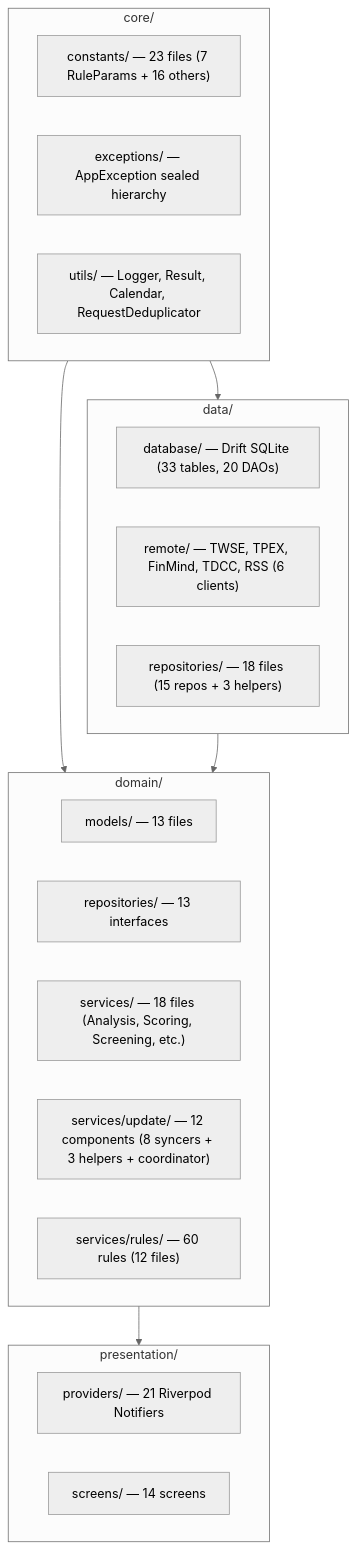
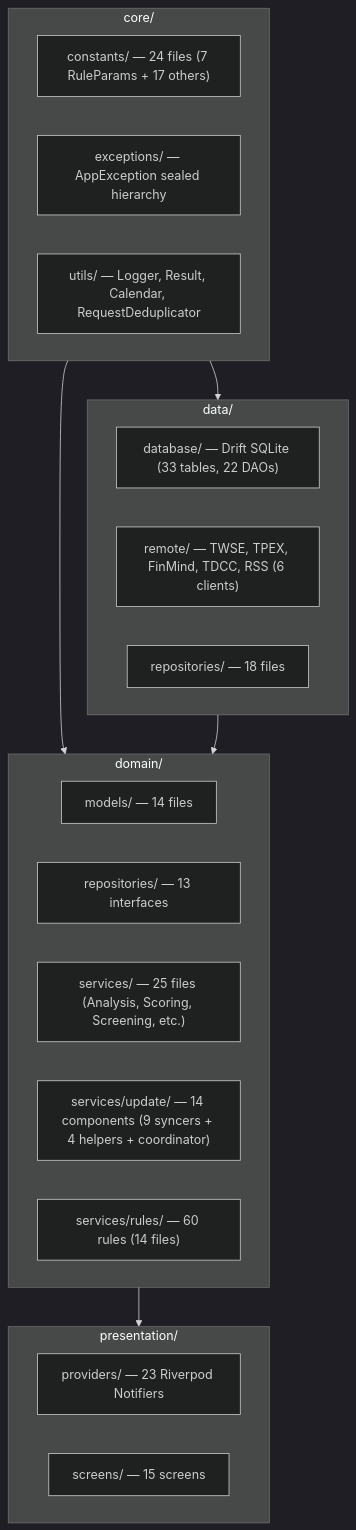
One commit to Neal75418/afterclose changed the second of 4 diagrams in CLAUDE.md. Above: the diagram before and after it, drawn with Mermaid. The commit also changed other lines of this file and 5 other files, not shown here.

````diff
--- a/CLAUDE.md
+++ b/CLAUDE.md
@@ -55,33 +55,33 @@
 ```mermaid
-%%{init: {'theme': 'neutral'}}%%
+%%{init: {'theme': 'dark'}}%%
 flowchart TB
     subgraph Core["core/"]
-        Constants["constants/ — 23 files (7 RuleParams + 16 others)"]
+        Constants["constants/ — 24 files (7 RuleParams + 17 others)"]
         Exceptions["exceptions/ — AppException sealed hierarchy"]
         Utils["utils/ — Logger, Result, Calendar, RequestDeduplicator"]
     end
 
     subgraph Data["data/"]
-        Database["database/ — Drift SQLite (33 tables, 20 DAOs)"]
+        Database["database/ — Drift SQLite (33 tables, 22 DAOs)"]
         Remote["remote/ — TWSE, TPEX, FinMind, TDCC, RSS (6 clients)"]
-        Repos["repositories/ — 18 files (15 repos + 3 helpers)"]
+        Repos["repositories/ — 18 files"]
     end
 
     subgraph Domain["domain/"]
-        Models["models/ — 13 files"]
+        Models["models/ — 14 files"]
         RepoIF["repositories/ — 13 interfaces"]
-        Services["services/ — 18 files (Analysis, Scoring, Screening, etc.)"]
-        Update["services/update/ — 12 components (8 syncers + 3 helpers + coordinator)"]
-        Rules["services/rules/ — 60 rules (12 files)"]
+        Services["services/ — 25 files (Analysis, Scoring, Screening, etc.)"]
+        Update["services/update/ — 14 components (9 syncers + 4 helpers + coordinator)"]
+        Rules["services/rules/ — 60 rules (14 files)"]
     end
 
     subgraph Presentation["presentation/"]
-        Providers["providers/ — 21 Riverpod Notifiers"]
-        Screens["screens/ — 14 screens"]
+        Providers["providers/ — 23 Riverpod Notifiers"]
+        Screens["screens/ — 15 screens"]
     end
 
     Core --> Data
     Core --> Domain
     Data --> Domain
     Domain --> Presentation
 ```
````
